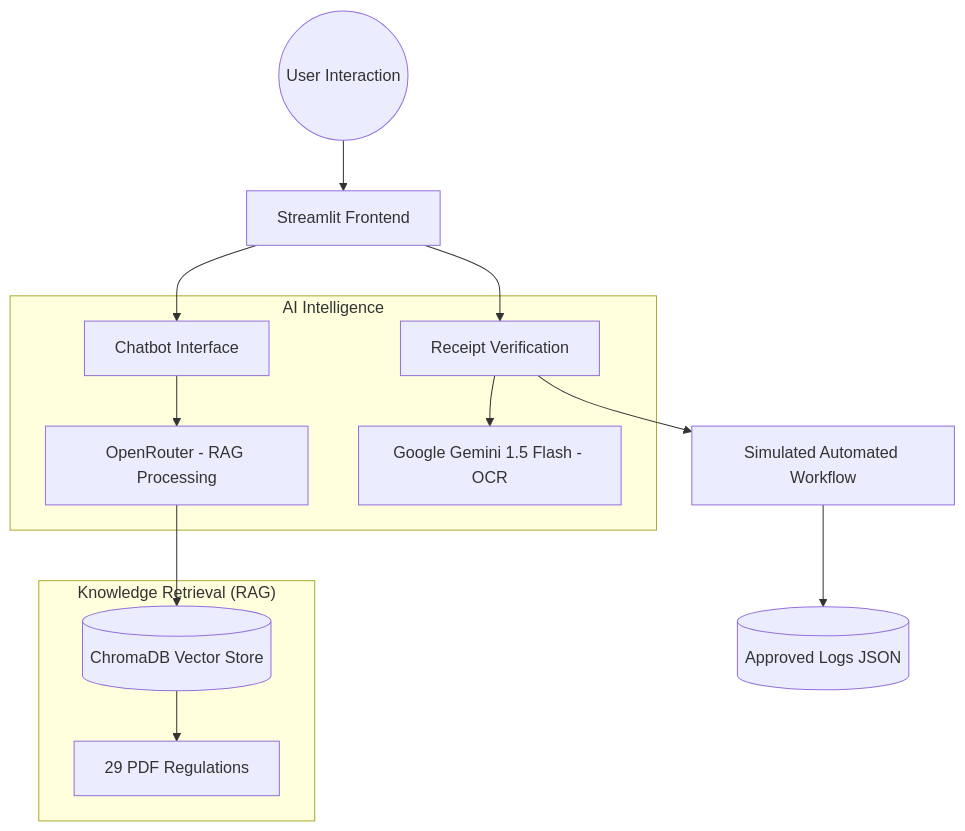
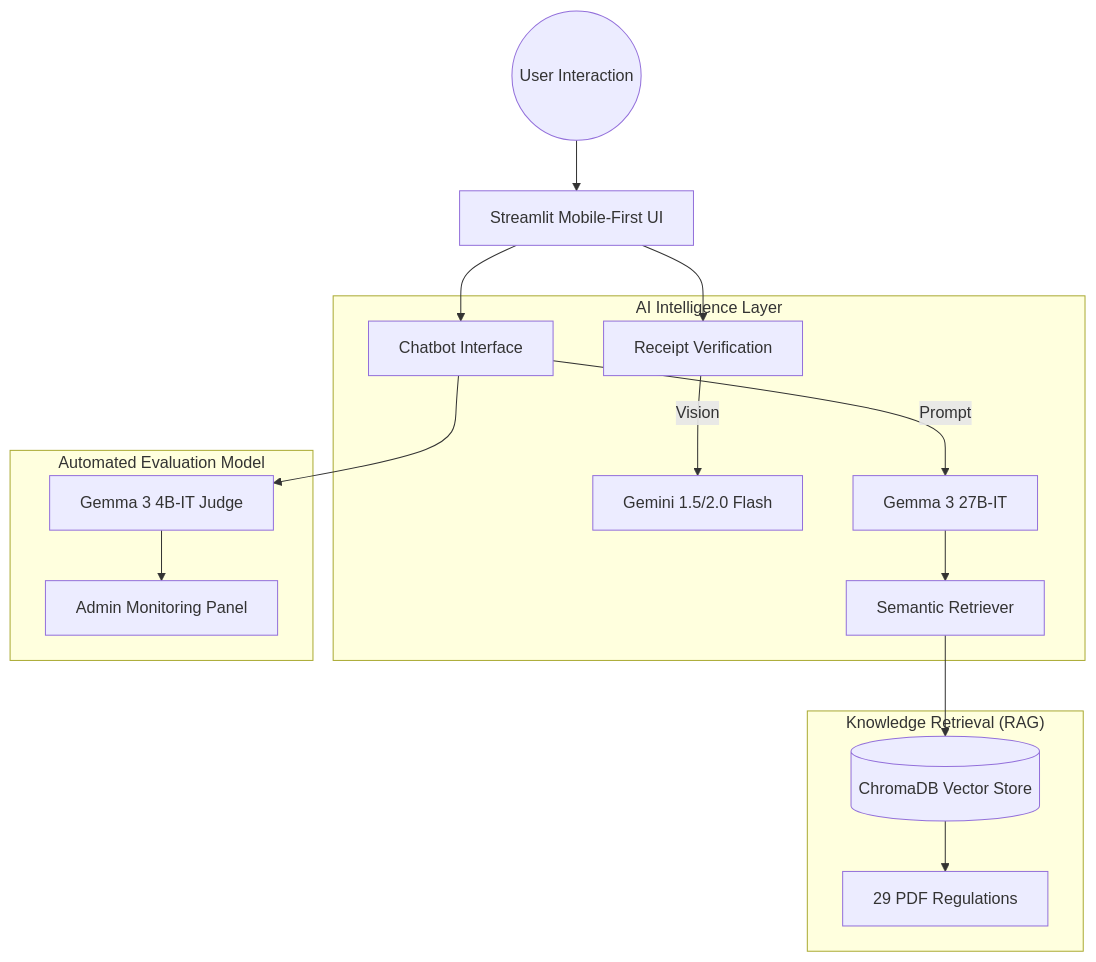
One commit to Ratthabhumi/KMITL_Budget_AI_Chatbot changed the diagram in README.md. Above: the diagram before and after it, drawn with Mermaid. The commit also changed other lines of this file and 6 other files, not shown here.

````diff
--- a/README.md
+++ b/README.md
@@ -35,19 +37,22 @@
 ```mermaid
 graph TD
-    User((User Interaction)) --> Streamlit[Streamlit Frontend]
-    Streamlit --> Chat[Chatbot Interface]
-    Streamlit --> OCR[Receipt Verification]
+    User((User Interaction)) --> SL[Streamlit Mobile-First UI]
+    SL --> Chat[Chatbot Interface]
+    SL --> OCR[Receipt Verification]
     
-    subgraph "AI Intelligence"
-        OCR --> Gemini[Google Gemini 1.5 Flash - OCR]
-        Chat --> OpenRouter[OpenRouter - RAG Processing]
+    subgraph "AI Intelligence Layer"
+        OCR -->|Vision| Gemini[Gemini 1.5/2.0 Flash]
+        Chat -->|Prompt| OpenRouter[Gemma 3 27B-IT]
+        OpenRouter --> Retriever[Semantic Retriever]
     end
     
     subgraph "Knowledge Retrieval (RAG)"
-        OpenRouter --> ChromaDB[(ChromaDB Vector Store)]
+        Retriever --> ChromaDB[(ChromaDB Vector Store)]
         ChromaDB --> Docs[29 PDF Regulations]
     end
     
-    OCR --> Workflow[Simulated Automated Workflow]
-    Workflow --> Logs[(Approved Logs JSON)]
+    subgraph "Automated Evaluation Model"
+        Chat --> Judge[Gemma 3 4B-IT Judge]
+        Judge --> Dashboard[Admin Monitoring Panel]
+    end
 ```
````
